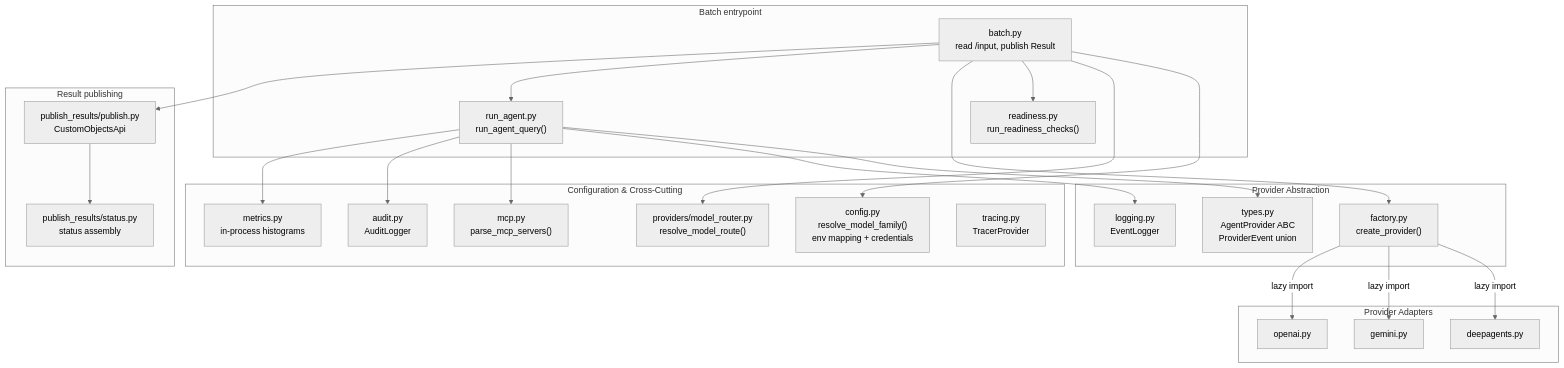
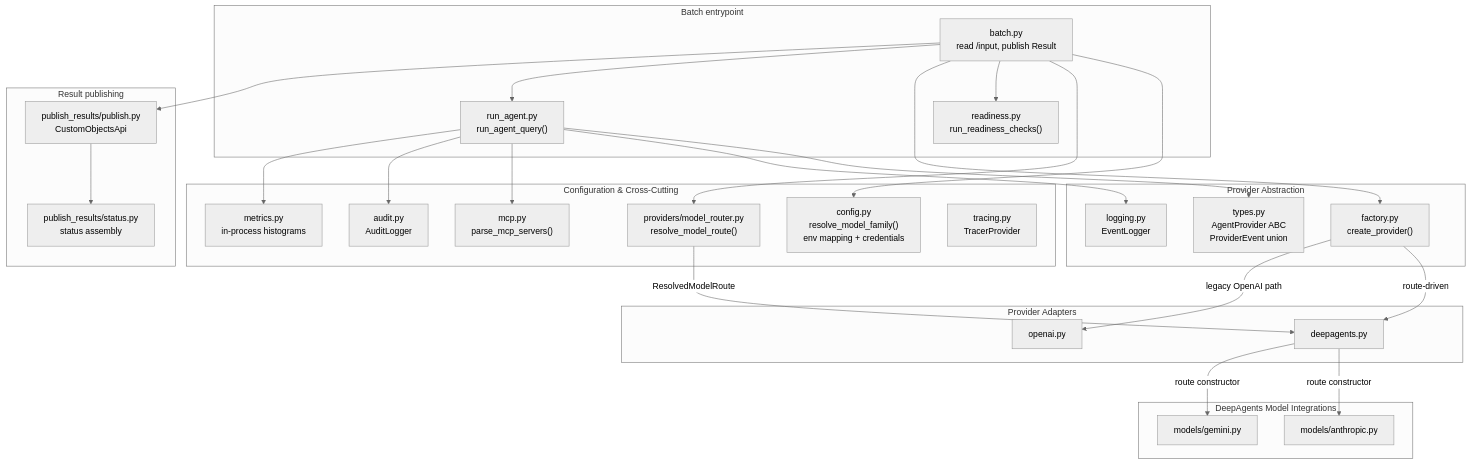
Before and after one commit to asamal4/lightspeed-agentic-sandbox: the second of 4 diagrams in ARCHITECTURE.md, drawn with Mermaid (neutral theme). The commit also changed other lines of this file and 43 other files, not shown here.

Commit message:
OLS-4467, OLS-4485: Migrate Vertex Gemini to DeepAgents and add service-account impersonation

````diff
--- a/ARCHITECTURE.md
+++ b/ARCHITECTURE.md
@@ -33,50 +33,56 @@
 ```mermaid
 graph TD
     subgraph "Batch entrypoint"
         Batch["batch.py<br/>read /input, publish Result"]
         RunAgent["run_agent.py<br/>run_agent_query()"]
         Readiness["readiness.py<br/>run_readiness_checks()"]
     end
 
     subgraph "Configuration & Cross-Cutting"
         Config["config.py<br/>resolve_model_family()<br/>env mapping + credentials"]
         ModelRouter["providers/model_router.py<br/>resolve_model_route()"]
         MCP["mcp.py<br/>parse_mcp_servers()"]
         Audit["audit.py<br/>AuditLogger"]
         Metrics["metrics.py<br/>in-process histograms"]
         Tracing["tracing.py<br/>TracerProvider"]
     end
 
     subgraph "Result publishing"
         Publish["publish_results/publish.py<br/>CustomObjectsApi"]
         Status["publish_results/status.py<br/>status assembly"]
     end
 
     subgraph "Provider Abstraction"
         Factory["factory.py<br/>create_provider()"]
         Types["types.py<br/>AgentProvider ABC<br/>ProviderEvent union"]
         Logger["logging.py<br/>EventLogger"]
     end
 
     subgraph "Provider Adapters"
         DeepAgentsP["deepagents.py"]
-        GeminiP["gemini.py"]
         OpenAIP["openai.py"]
+    end
+
+    subgraph "DeepAgents Model Integrations"
+        AnthropicModel["models/anthropic.py"]
+        GeminiModel["models/gemini.py"]
     end
 
     Batch --> Config
     Batch --> ModelRouter
     Batch --> Readiness
     Batch --> Factory
     Batch --> RunAgent
     Batch --> Publish
   Publish --> Status
     RunAgent --> Types
     RunAgent --> Logger
     RunAgent --> MCP
     RunAgent --> Audit
     RunAgent --> Metrics
-    Factory -->|lazy import| DeepAgentsP
-    Factory -->|lazy import| GeminiP
-    Factory -->|lazy import| OpenAIP
+    Factory -->|route-driven| DeepAgentsP
+    Factory -->|legacy OpenAI path| OpenAIP
+    ModelRouter -->|ResolvedModelRoute| DeepAgentsP
+    DeepAgentsP -->|route constructor| AnthropicModel
+    DeepAgentsP -->|route constructor| GeminiModel
 ```
````
